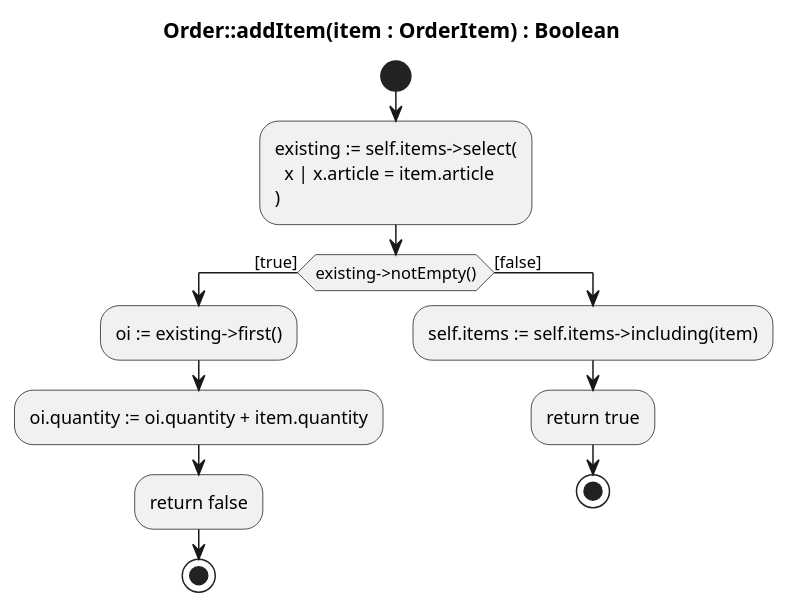
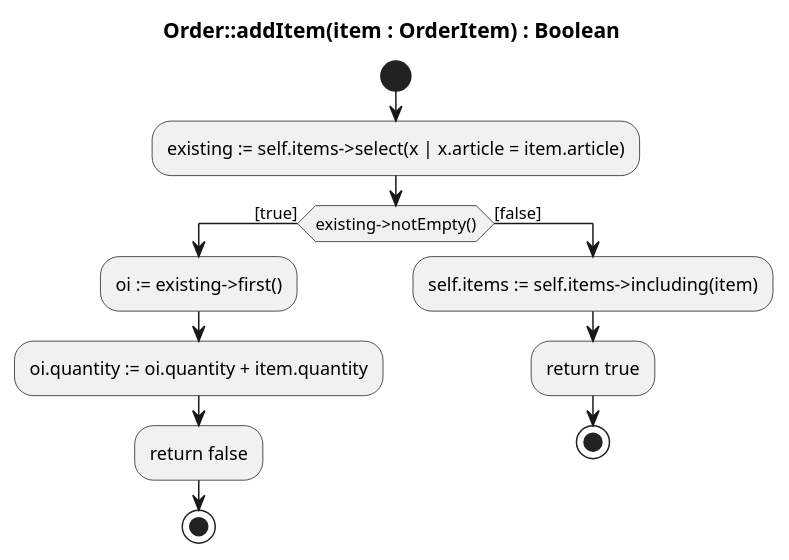
Before and after one commit to scx-othr/MoProCo-evaluation: the diagram in shop/classical-uml/add-item.puml, drawn with PlantUML. The commit also changed 14 other files, not shown here.

```diff
--- a/shop/classical-uml/add-item.puml
+++ b/shop/classical-uml/add-item.puml
@@ -1,19 +1,16 @@
 @startuml
 title Order::addItem(item : OrderItem) : Boolean
 
 start
-:existing := self.items->select(
-  x | x.article = item.article
-);
-
+:existing := self.items->select(x | x.article = item.article);
 if (existing->notEmpty()) then ([true])
   :oi := existing->first();
   :oi.quantity := oi.quantity + item.quantity;
   :return false;
   stop
 else ([false])
   :self.items := self.items->including(item);
   :return true;
   stop
 endif
 @enduml
```
